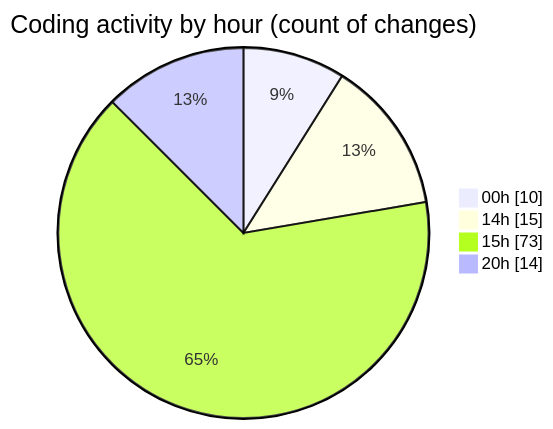
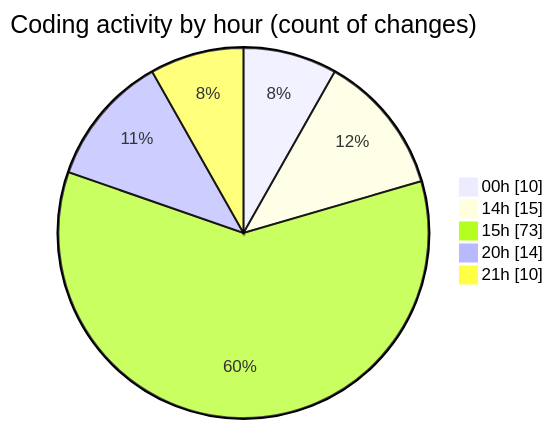
The second of 2 diagrams in 2025-04-07/echo/README.md (Netris89/code-tracking), drawn with Mermaid before and after one commit. The commit also changed other lines of this file and 1 other file, not shown here.

````diff
--- a/2025-04-07/echo/README.md
+++ b/2025-04-07/echo/README.md
@@ -40,8 +41,9 @@
 ```mermaid
 pie showData
 title Coding activity by hour (count of changes)
 "00h" : 10
 "14h" : 15
 "15h" : 73
 "20h" : 14
+"21h" : 10
 ```
````
